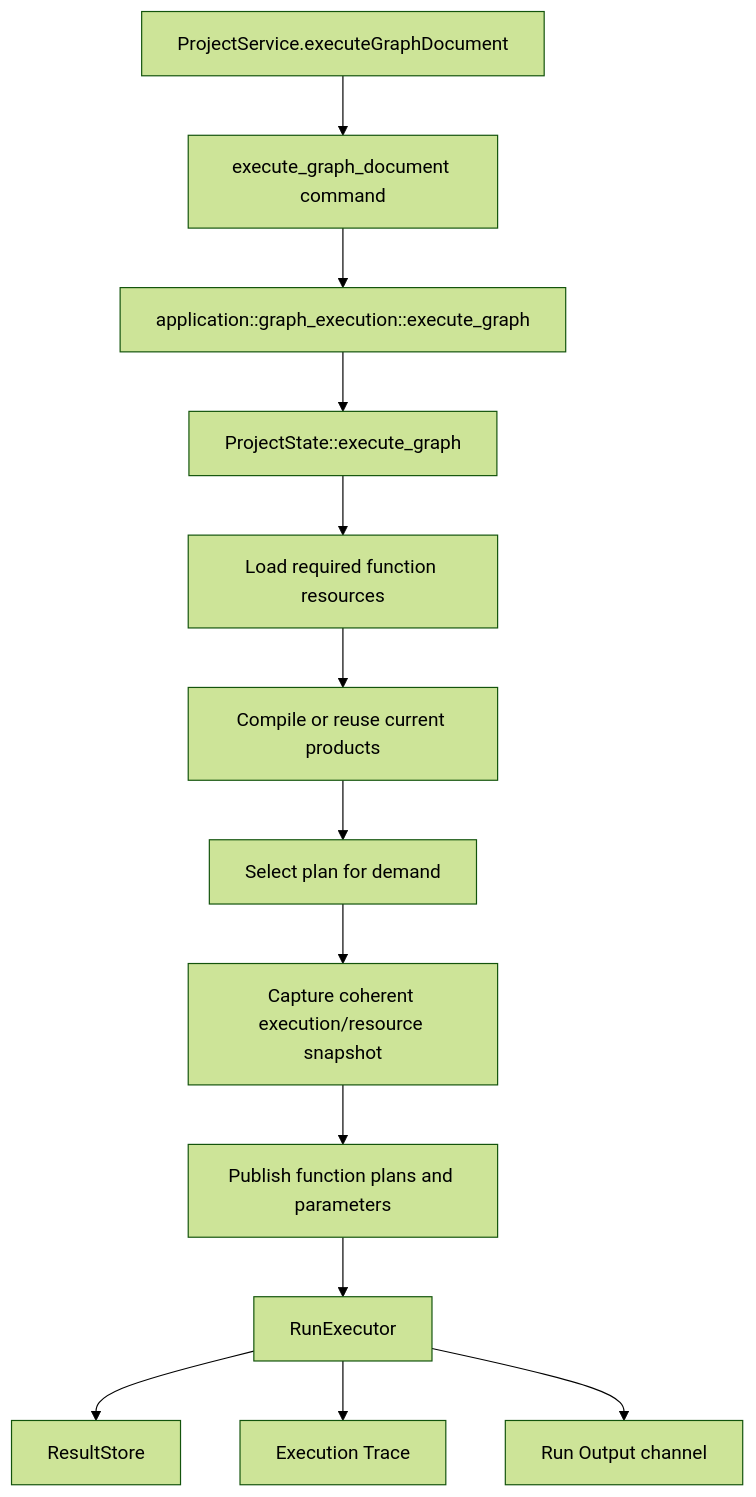
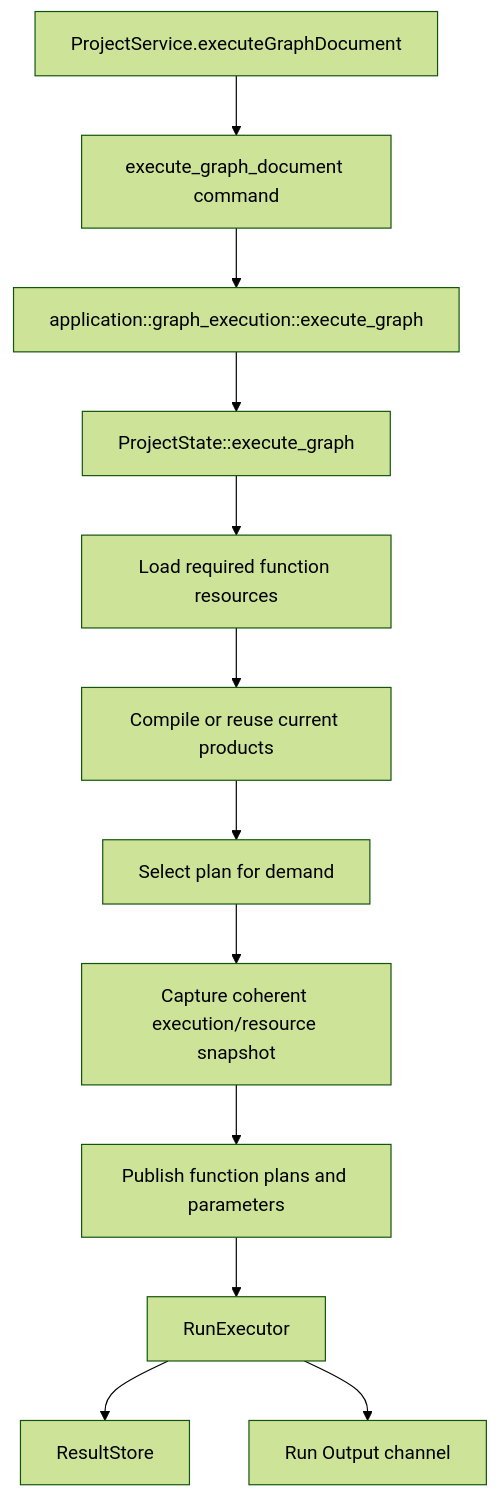
Before and after one commit to zhouyi207/YssBI: the third of 3 diagrams in docs/architecture/ARCHITECTURE.md, drawn with Mermaid (forest theme). The commit also changed other lines of this file and 2 other files, not shown here.

Commit message:
docs: Align execution docs after trace removal

````diff
--- a/docs/architecture/ARCHITECTURE.md
+++ b/docs/architecture/ARCHITECTURE.md
@@ -259,15 +257,14 @@
 ```mermaid
 flowchart TD
   FE[ProjectService.executeGraphDocument] --> CMD[execute_graph_document command]
   CMD --> APP[application::graph_execution::execute_graph]
   APP --> PS[ProjectState::execute_graph]
   PS --> LOAD[Load required function resources]
   LOAD --> COMPILE[Compile or reuse current products]
   COMPILE --> SELECT[Select plan for demand]
   SELECT --> SNAP[Capture coherent execution/resource snapshot]
   SNAP --> FP[Publish function plans and parameters]
   FP --> RUN[RunExecutor]
   RUN --> RESULTS[ResultStore]
-  RUN --> TRACE[Execution Trace]
   RUN --> OUTPUT[Run Output channel]
 ```
````
